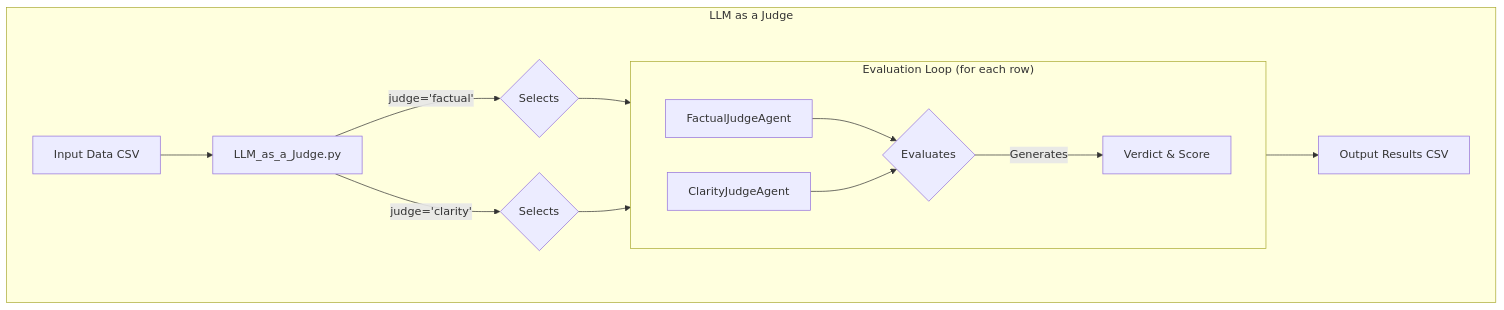
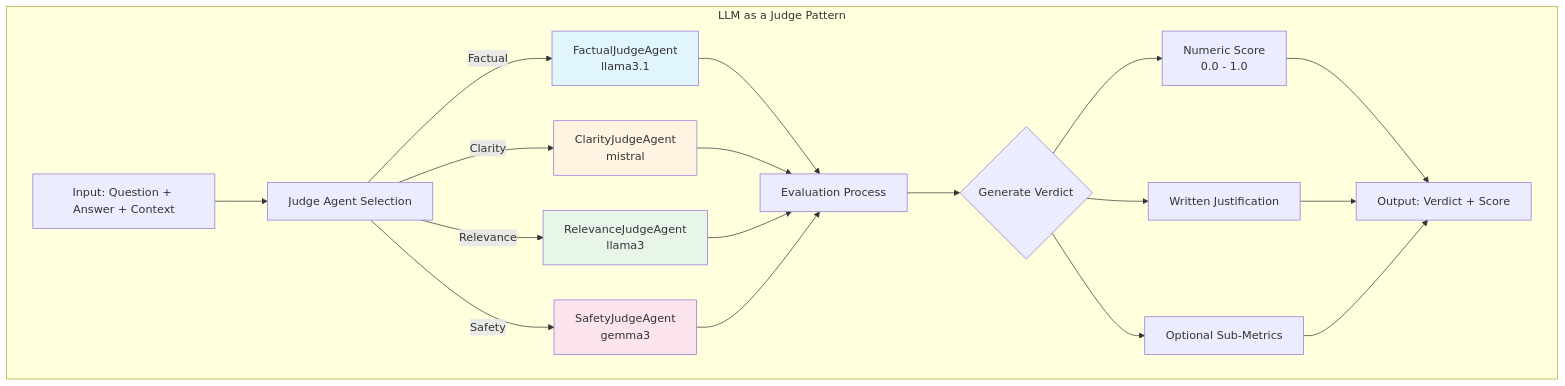
The first of 4 diagrams in README.md (ShanKonduru/llm_design_patterns), drawn with Mermaid before and after one commit. The commit also changed other lines of this file and 3 other files, not shown here.

Commit message:
added flowcharts

````diff
--- a/README.md
+++ b/README.md
@@ -118,19 +159,29 @@
 ```mermaid
 graph TD
-    subgraph "LLM as a Judge"
-        A[Input Data CSV] --> B[LLM_as_a_Judge.py];
-        B -- "judge='factual'" --> C{Selects};
-        C --> D[FactualJudgeAgent];
-        B -- "judge='clarity'" --> E{Selects};
-        E --> F[ClarityJudgeAgent];
+    subgraph "LLM as a Judge Pattern"
+        A[Input: Question + Answer + Context] --> B[Judge Agent Selection]
+        B -->|Factual| C[FactualJudgeAgent<br/>llama3.1]
+        B -->|Clarity| D[ClarityJudgeAgent<br/>mistral]
+        B -->|Relevance| E[RelevanceJudgeAgent<br/>llama3]
+        B -->|Safety| F[SafetyJudgeAgent<br/>gemma3]
         
-        subgraph "Evaluation Loop (for each row)"
-            direction LR
-            D --> G{Evaluates};
-            F --> G;
-            G -- "Generates" --> H[Verdict & Score];
-        end
-
-        H --> I[Output Results CSV];
+        C --> G[Evaluation Process]
+        D --> G
+        E --> G
+        F --> G
+        
+        G --> H{Generate Verdict}
+        H --> I[Numeric Score<br/>0.0 - 1.0]
+        H --> J[Written Justification]
+        H --> K[Optional Sub-Metrics]
+        
+        I --> L[Output: Verdict + Score]
+        J --> L
+        K --> L
     end
+    
+    style C fill:#e1f5ff
+    style D fill:#fff4e1
+    style E fill:#e8f5e9
+    style F fill:#fce4ec
 ```
````
